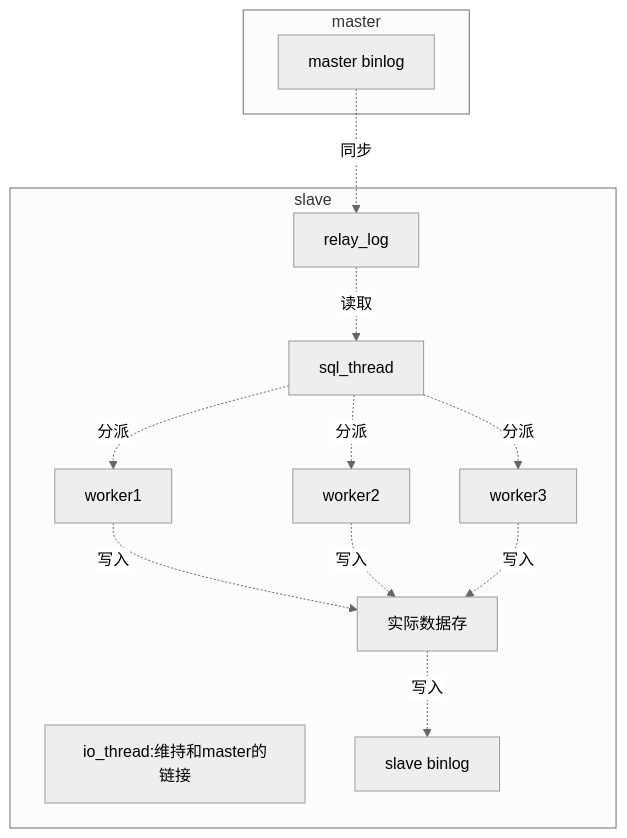
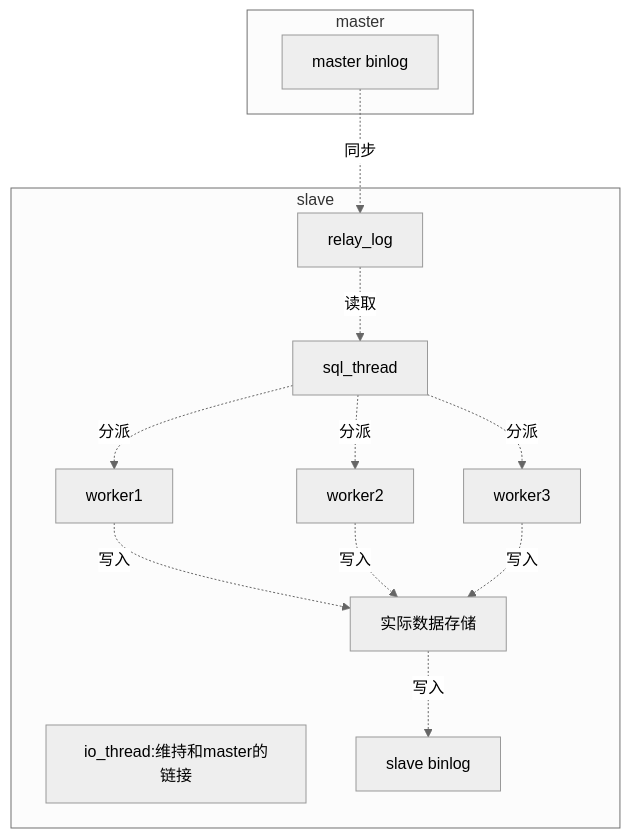
The diagram in database/mysql/master_slave.md (yaolongzhu/study_note), drawn with Mermaid (neutral theme) before and after one commit. The commit also changed 2 other files, not shown here.

````diff
--- a/database/mysql/master_slave.md
+++ b/database/mysql/master_slave.md
@@ -7,25 +7,25 @@
   ```mermaid
   graph TD
   	subgraph master
   		master_binlog[master binlog]
   	end
   	subgraph slave
   		io_thread[io_thread:维持和master的链接]
   		sql_thread[sql_thread]
   		worker1[worker1]
   		worker2[worker2]
   		worker3[worker3]
   		relay_log[relay_log]
   		relay_log-.读取.->sql_thread
-  		store_data[实际数据存]
+  		store_data[实际数据存储]
   		slave_binlog[slave binlog]
   		sql_thread-.分派.->worker1
   		sql_thread-.分派.->worker2
   		sql_thread-.分派.->worker3
   		store_data-.写入.->slave_binlog
   		worker1-.写入.->store_data
   		worker2-.写入.->store_data
   		worker3-.写入.->store_data
   	end
   	master_binlog-.同步.->relay_log
   ```
````
